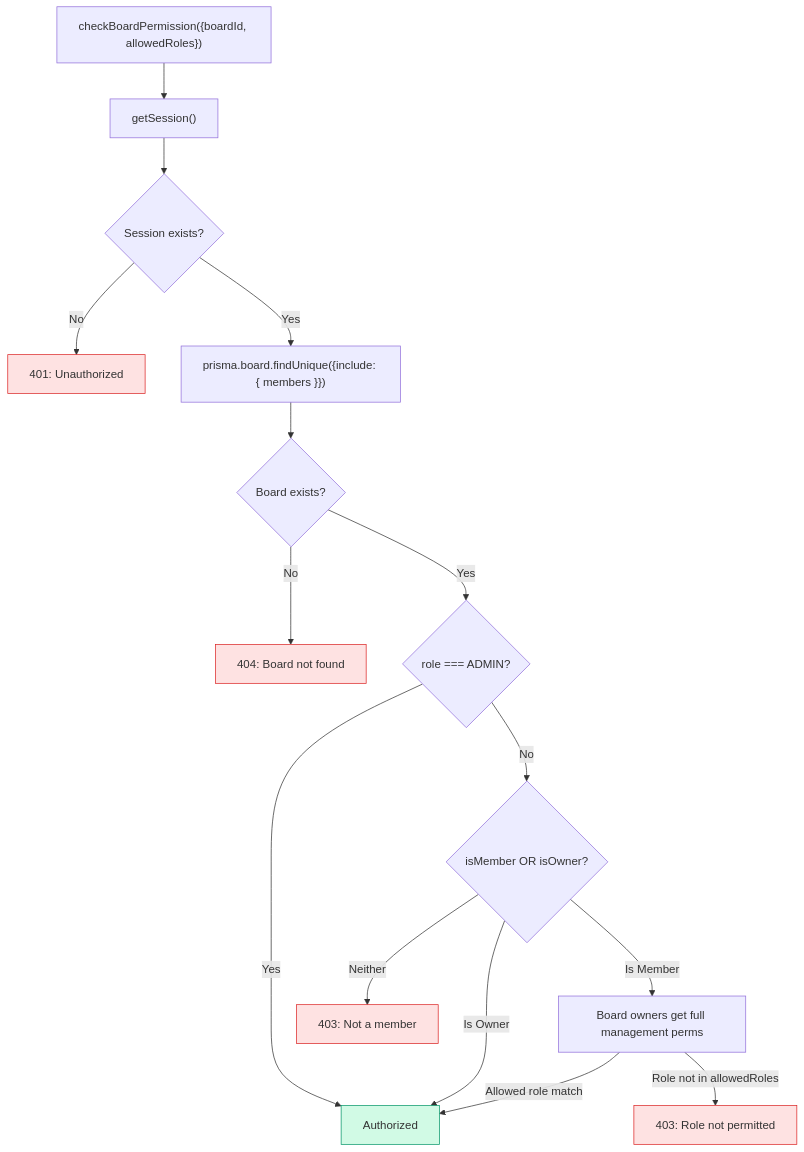
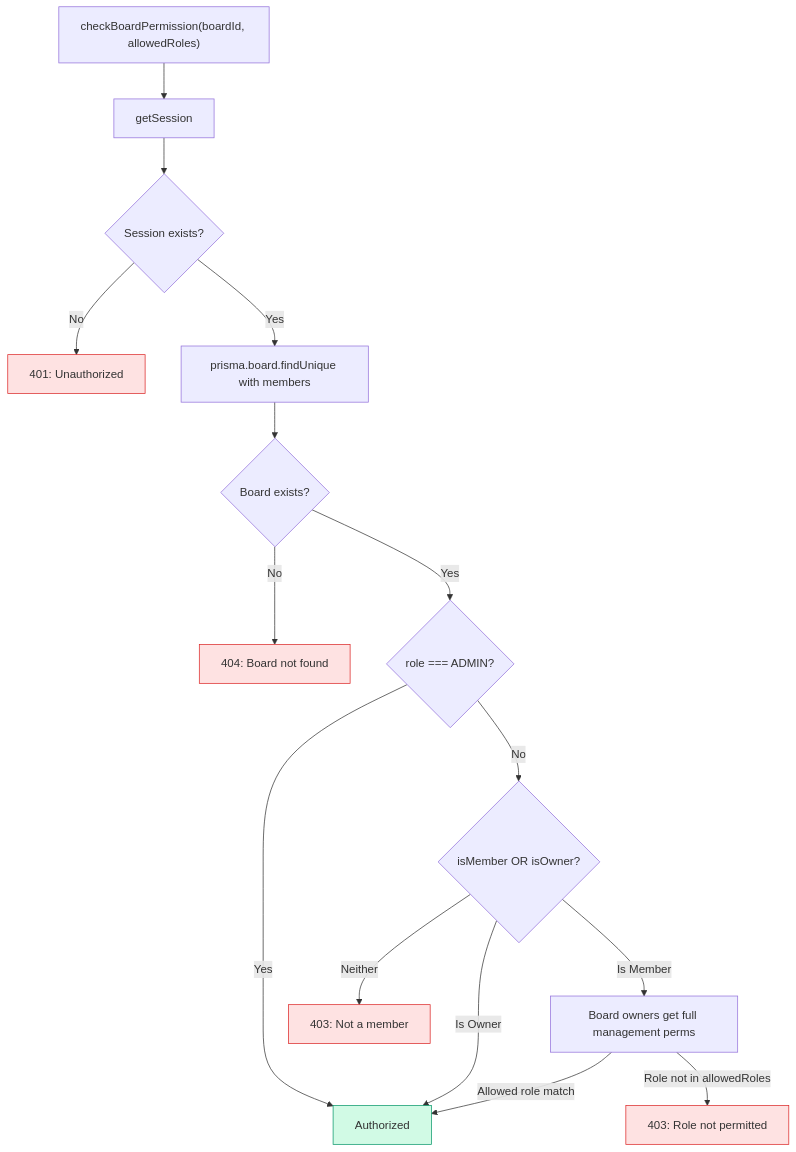
Before and after one commit to asefahmed500/Smart-Task-App_IIT_DU_Final_Project: the third of 7 diagrams in docs/03-rbac-and-permissions.md, drawn with Mermaid. The commit also changed other lines of this file and 9 other files, not shown here.

Commit message:
fix: update AGENTS.md with Vercel deployment notes and additional mermaid cleanups

````diff
--- a/docs/03-rbac-and-permissions.md
+++ b/docs/03-rbac-and-permissions.md
@@ -154,23 +154,23 @@
 ```mermaid
 flowchart TD
-    START["checkBoardPermission({boardId, allowedRoles})"] --> SESSION["getSession()"]
+    START["checkBoardPermission(boardId, allowedRoles)"] --> SESSION["getSession"]
     SESSION --> NO_SESSION{"Session exists?"}
     NO_SESSION -->|No| ERR_UNAUTH["401: Unauthorized"]
-    NO_SESSION -->|Yes| FIND["prisma.board.findUnique({include: { members }})"]
+    NO_SESSION -->|Yes| FIND["prisma.board.findUnique with members"]
     FIND --> NOT_FOUND{"Board exists?"}
     NOT_FOUND -->|No| ERR_404["404: Board not found"]
     NOT_FOUND -->|Yes| IS_ADMIN{"role === ADMIN?"}
     IS_ADMIN -->|Yes| ALLOW["Authorized"]
     IS_ADMIN -->|No| IS_MEMBER_OR_OWNER{"isMember OR isOwner?"}
     IS_MEMBER_OR_OWNER -->|Neither| ERR_FORBIDDEN["403: Not a member"]
     IS_MEMBER_OR_OWNER -->|Is Owner| ALLOW
     IS_MEMBER_OR_OWNER -->|Is Member| IS_OWNER["Board owners get full management perms"]
     IS_OWNER -->|Allowed role match| ALLOW
     IS_OWNER -->|Role not in allowedRoles| ERR_ROLE["403: Role not permitted"]
 
     style ALLOW fill:#d1fae5,stroke:#059669
     style ERR_UNAUTH fill:#fee2e2,stroke:#dc2626
     style ERR_404 fill:#fee2e2,stroke:#dc2626
     style ERR_FORBIDDEN fill:#fee2e2,stroke:#dc2626
     style ERR_ROLE fill:#fee2e2,stroke:#dc2626
 ```
````
